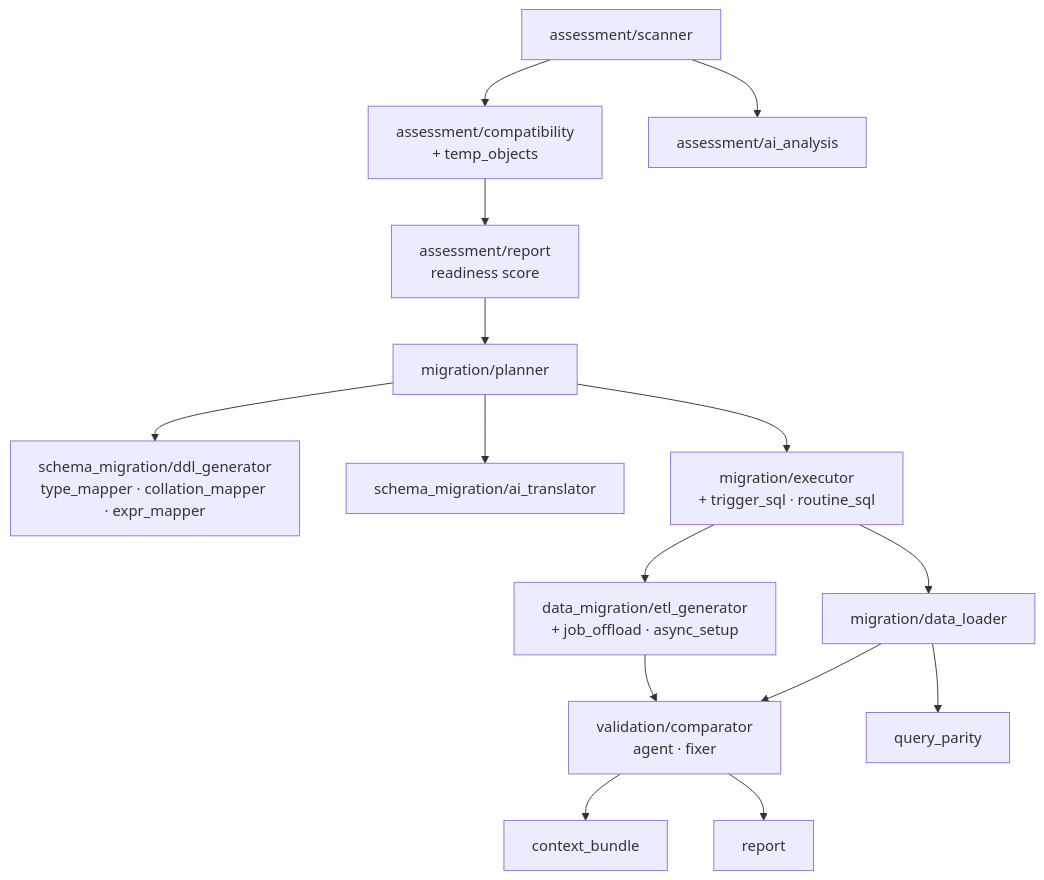
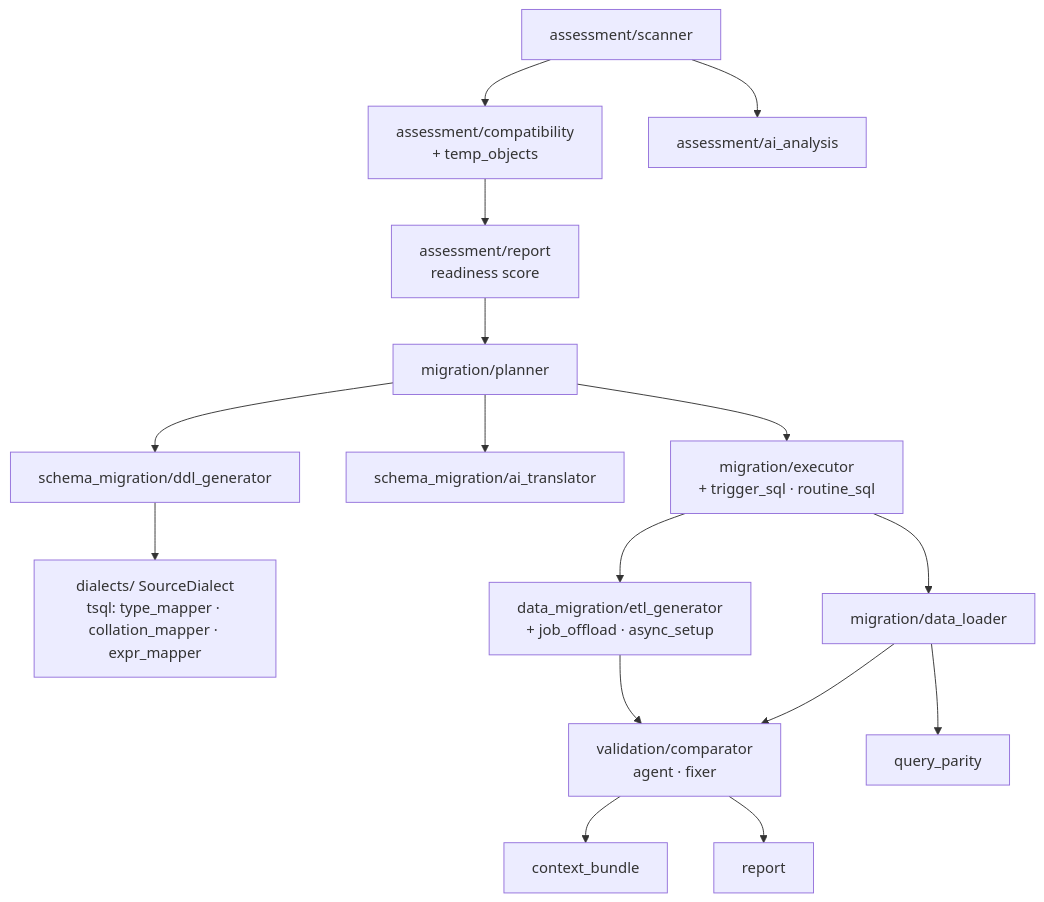
The first of 2 diagrams in docs/lakebase-express/docs/architecture/engine.mdx (databricks-solutions/lakebase-express), drawn with Mermaid before and after one commit. The commit also changed other lines of this file and 20 other files, not shown here.

First line of the commit message:
Extract a source-dialect interface from the T-SQL engine

````diff
--- a/docs/lakebase-express/docs/architecture/engine.mdx
+++ b/docs/lakebase-express/docs/architecture/engine.mdx
@@ -11,17 +11,18 @@
 ```mermaid
 flowchart TD
   scan[assessment/scanner] --> compat[assessment/compatibility<br/>+ temp_objects]
   compat --> report[assessment/report<br/>readiness score]
   scan --> ai[assessment/ai_analysis]
   report --> planner[migration/planner]
-  planner --> ddl[schema_migration/ddl_generator<br/>type_mapper · collation_mapper · expr_mapper]
+  planner --> ddl[schema_migration/ddl_generator]
+  ddl --> dialect[dialects/ SourceDialect<br/>tsql: type_mapper · collation_mapper · expr_mapper]
   planner --> tr[schema_migration/ai_translator]
   planner --> exec[migration/executor<br/>+ trigger_sql · routine_sql]
   exec --> load[migration/data_loader]
   exec --> etl[data_migration/etl_generator<br/>+ job_offload · async_setup]
   load --> val[validation/comparator<br/>agent · fixer]
   etl --> val
   val --> ctx[context_bundle]
   val --> rep[report]
   load --> qp[query_parity]
 ```
````
